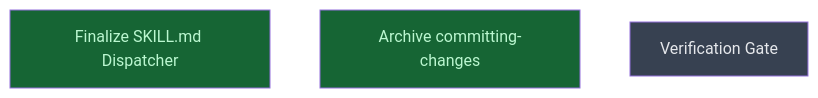
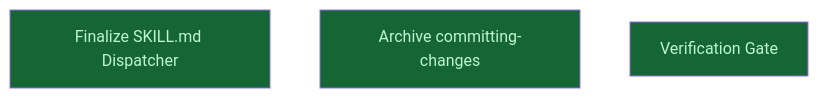
The diagram in __roadmap__/writing-history-skill/author/assemble/README.md (CrackingShells/cracking-shells-playbook), drawn with Mermaid before and after one commit. The commit also changed other lines of this file and 3 other files, not shown here.

Commit message:
chore(writing-history): mark verification leaf and parent nodes done

````diff
--- a/__roadmap__/writing-history-skill/author/assemble/README.md
+++ b/__roadmap__/writing-history-skill/author/assemble/README.md
@@ -23,11 +23,11 @@
 ```mermaid
 graph TD
     skill_dispatcher[Finalize SKILL.md Dispatcher]:::done
     archive_committing_changes[Archive committing-changes]:::done
-    verify[Verification Gate]:::planned
+    verify[Verification Gate]:::done
     classDef done       fill:#166534,color:#bbf7d0
     classDef inprogress fill:#854d0e,color:#fef08a
     classDef planned    fill:#374151,color:#e5e7eb
     classDef amendment  fill:#1e3a5f,color:#bfdbfe
     classDef blocked    fill:#7f1d1d,color:#fecaca
 ```
````
